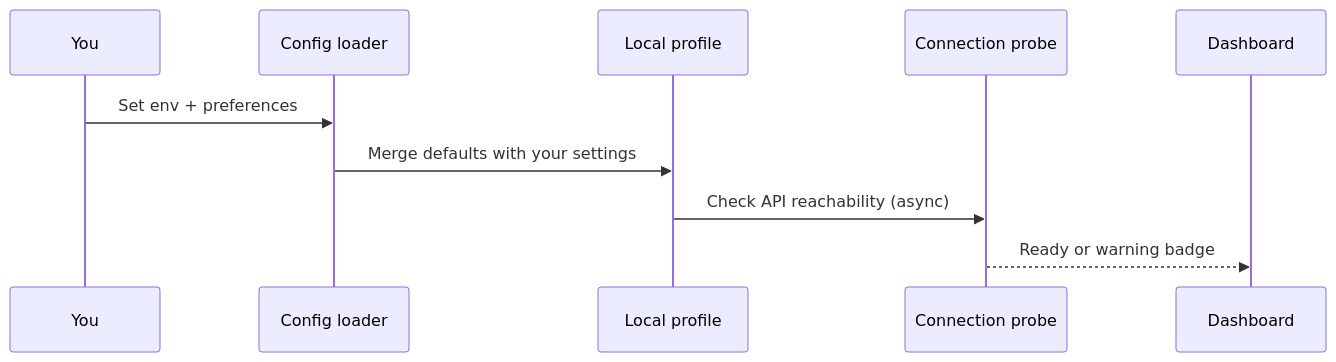
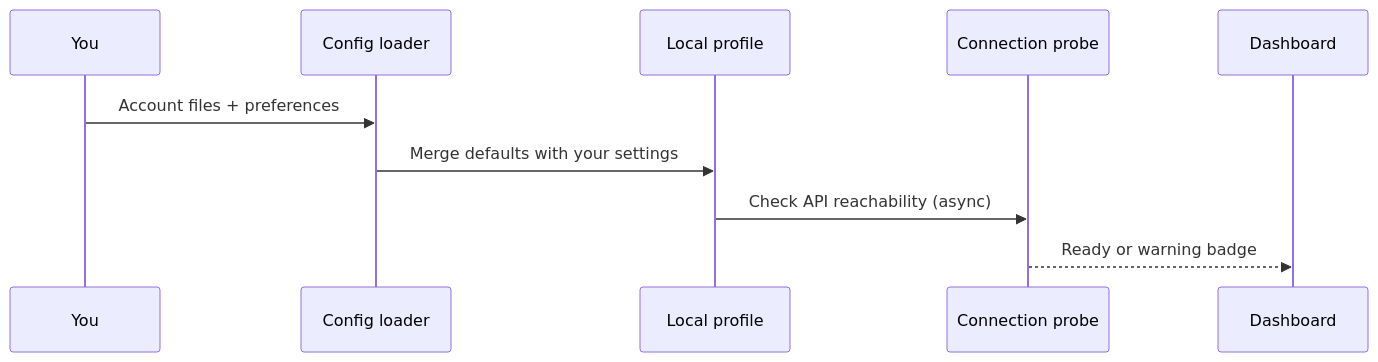
One commit to idekire-oss/holy-grail-automated-trading-docs changed the second of 6 diagrams in PROCESS_FLOW.md. Above: the diagram before and after it, drawn with Mermaid. The commit also changed other lines of this file and 4 other files, not shown here.

````diff
--- a/PROCESS_FLOW.md
+++ b/PROCESS_FLOW.md
@@ -28,13 +28,13 @@
 ```mermaid
 sequenceDiagram
   participant You
   participant Loader as Config loader
   participant Store as Local profile
   participant Probe as Connection probe
   participant UI as Dashboard
 
-  You->>Loader: Set env + preferences
+  You->>Loader: Account files + preferences
   Loader->>Store: Merge defaults with your settings
   Store->>Probe: Check API reachability (async)
   Probe-->>UI: Ready or warning badge
 ```
````
